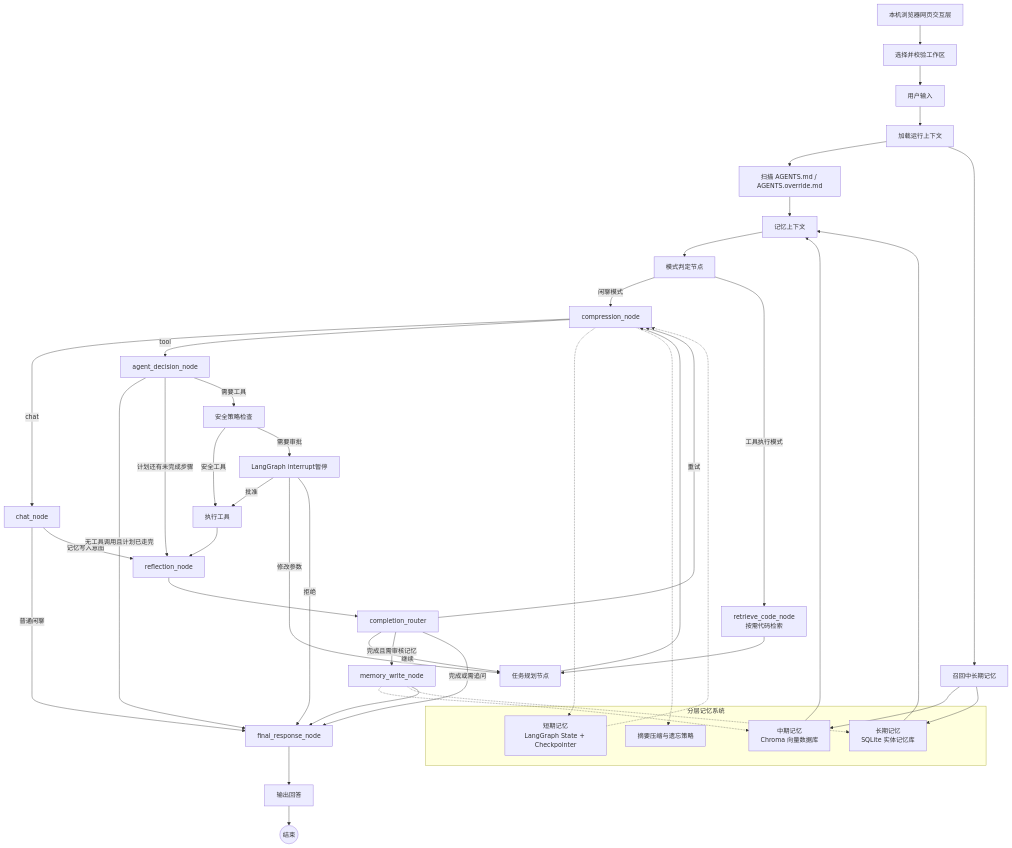
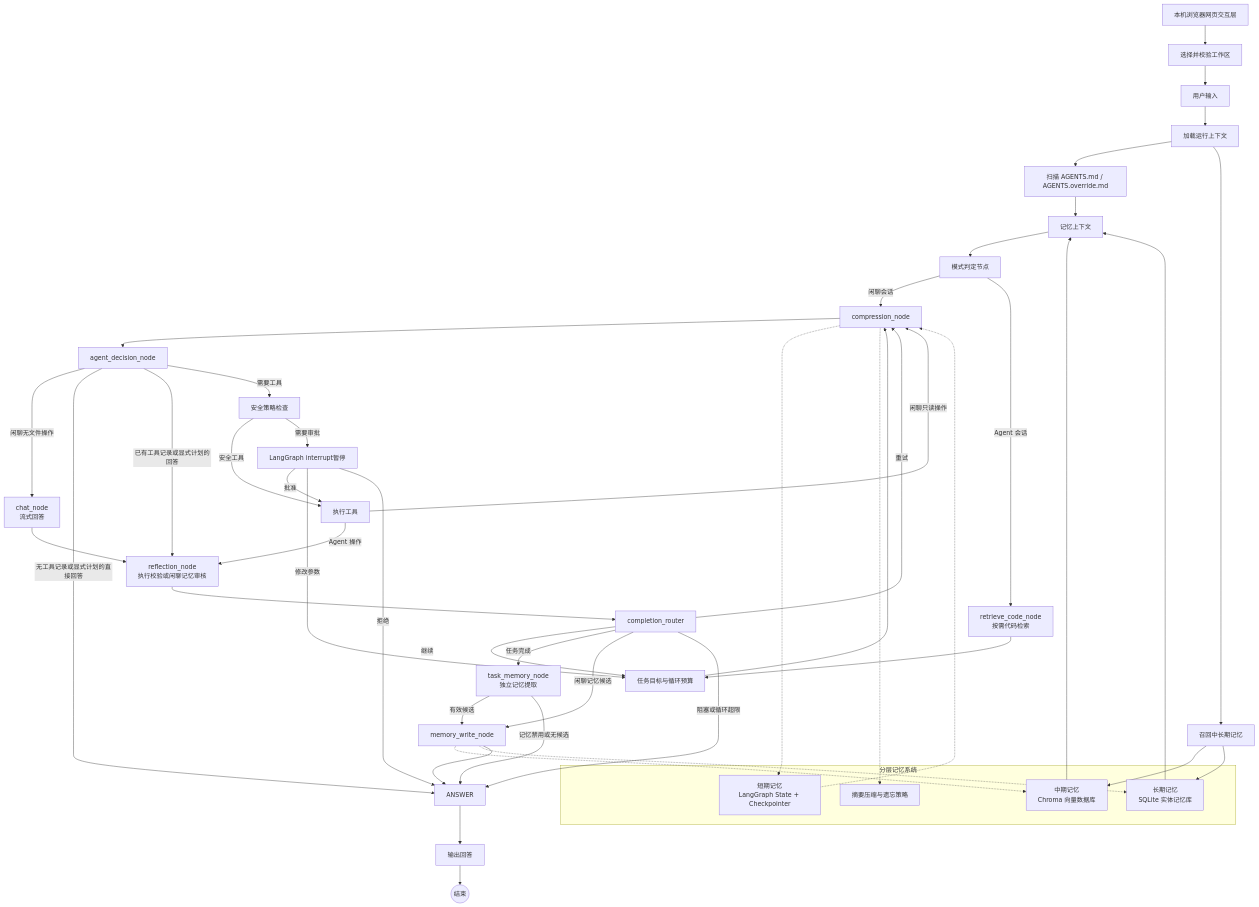
The diagram in ARCHITECTURE.md (LaoTouAiLe/chaiai), drawn with Mermaid before and after one commit. The commit also changed other lines of this file and 294 other files, not shown here.

````diff
--- a/ARCHITECTURE.md
+++ b/ARCHITECTURE.md
@@ -31,61 +31,64 @@
 ```mermaid
 flowchart TD
     WEB[本机浏览器网页交互层] --> WORKSPACE[选择并校验工作区]
     WORKSPACE --> INPUT[用户输入]
     INPUT --> CONTEXT[加载运行上下文]
 
     CONTEXT --> AGENTS[扫描 AGENTS.md / AGENTS.override.md]
     CONTEXT --> RECALL[召回中长期记忆]
 
     subgraph Memory[分层记忆系统]
         ST[短期记忆\nLangGraph State + Checkpointer]
         MT[中期记忆\nChroma 向量数据库]
         LT[长期记忆\nSQLite 实体记忆库]
         SUM[摘要压缩与遗忘策略]
     end
 
     RECALL --> MT
     RECALL --> LT
     MT --> PROMPTCTX[记忆上下文]
     LT --> PROMPTCTX
     AGENTS --> PROMPTCTX
 
     PROMPTCTX --> ROUTER[模式判定节点]
 
-    ROUTER -->|闲聊模式| COMPRESS[compression_node]
-    ROUTER -->|工具执行模式| CODE_RETRIEVE[retrieve_code_node\n按需代码检索]
-    CODE_RETRIEVE --> PLAN[任务规划节点]
+    ROUTER -->|闲聊会话| COMPRESS[compression_node]
+    ROUTER -->|Agent 会话| CODE_RETRIEVE[retrieve_code_node\n按需代码检索]
+    CODE_RETRIEVE --> PLAN[任务目标与循环预算]
     PLAN --> COMPRESS
-    COMPRESS -->|chat| CHAT[chat_node]
-    COMPRESS -->|tool| DECIDE[agent_decision_node]
-    CHAT -->|普通闲聊| ANSWER[final_response_node]
-    CHAT -->|记忆写入意图| REFLECT[reflection_node]
+    COMPRESS --> DECIDE[agent_decision_node]
+    DECIDE -->|闲聊无文件操作| CHAT[chat_node\n流式回答]
+    CHAT --> REFLECT[reflection_node\n执行校验或闲聊记忆审核]
 
-    DECIDE -->|无工具调用且计划已走完| ANSWER
-    DECIDE -->|计划还有未完成步骤| REFLECT
+    DECIDE -->|无工具记录或显式计划的直接回答| ANSWER
+    DECIDE -->|已有工具记录或显式计划的回答| REFLECT
     DECIDE -->|需要工具| SAFETY[安全策略检查]
 
     SAFETY -->|安全工具| TOOL[执行工具]
     SAFETY -->|需要审批| INTERRUPT[LangGraph interrupt暂停]
     INTERRUPT -->|批准| TOOL
     INTERRUPT -->|修改参数| PLAN
     INTERRUPT -->|拒绝| ANSWER
 
-    TOOL --> REFLECT
+    TOOL -->|闲聊只读操作| COMPRESS
+    TOOL -->|Agent 操作| REFLECT
     REFLECT --> COMPLETE[completion_router]
     COMPLETE -->|继续| PLAN
     COMPLETE -->|重试| COMPRESS
-    COMPLETE -->|完成且需审核记忆| MEMORY_WRITE[memory_write_node]
-    COMPLETE -->|完成或需追问| ANSWER
+    COMPLETE -->|任务完成| MEMORY_EXTRACT[task_memory_node\n独立记忆提取]
+    COMPLETE -->|闲聊记忆候选| MEMORY_WRITE[memory_write_node]
+    COMPLETE -->|阻塞或循环超限| ANSWER
+    MEMORY_EXTRACT -->|有效候选| MEMORY_WRITE
+    MEMORY_EXTRACT -->|记忆禁用或无候选| ANSWER
 
     MEMORY_WRITE -.-> MT
     MEMORY_WRITE -.-> LT
     MEMORY_WRITE --> ANSWER
 
     ST -.-> COMPRESS
     COMPRESS -.-> ST
     COMPRESS -.-> SUM
 
     ANSWER --> RESPONSE[输出回答]
     RESPONSE --> END((结束))
 ```
````
